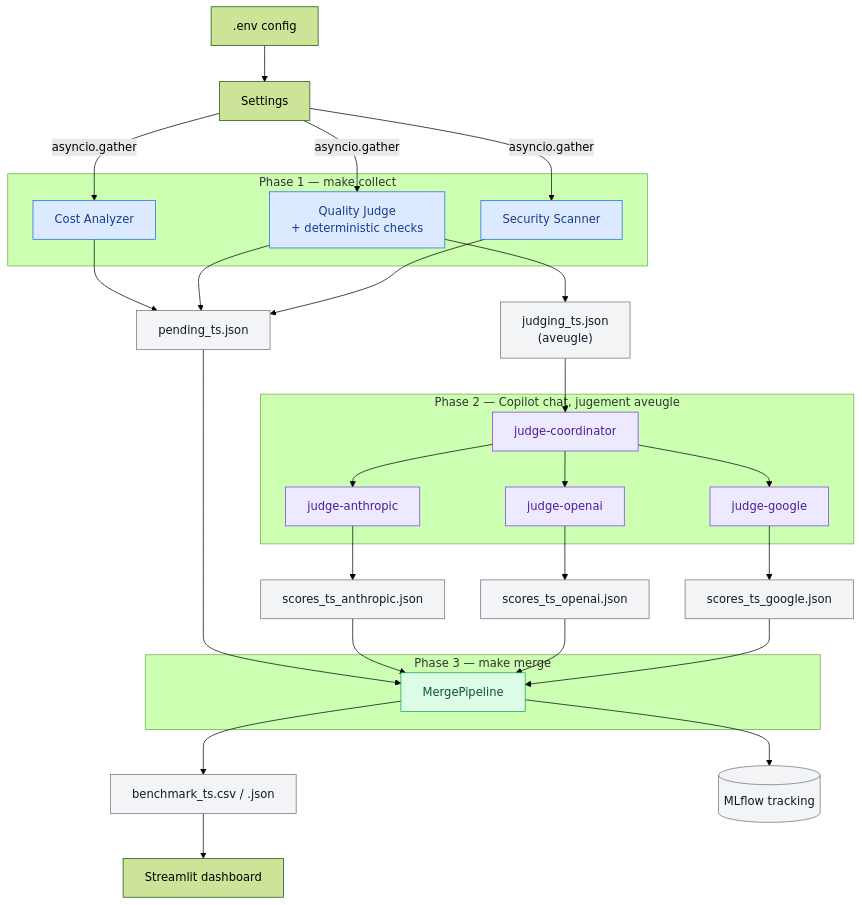
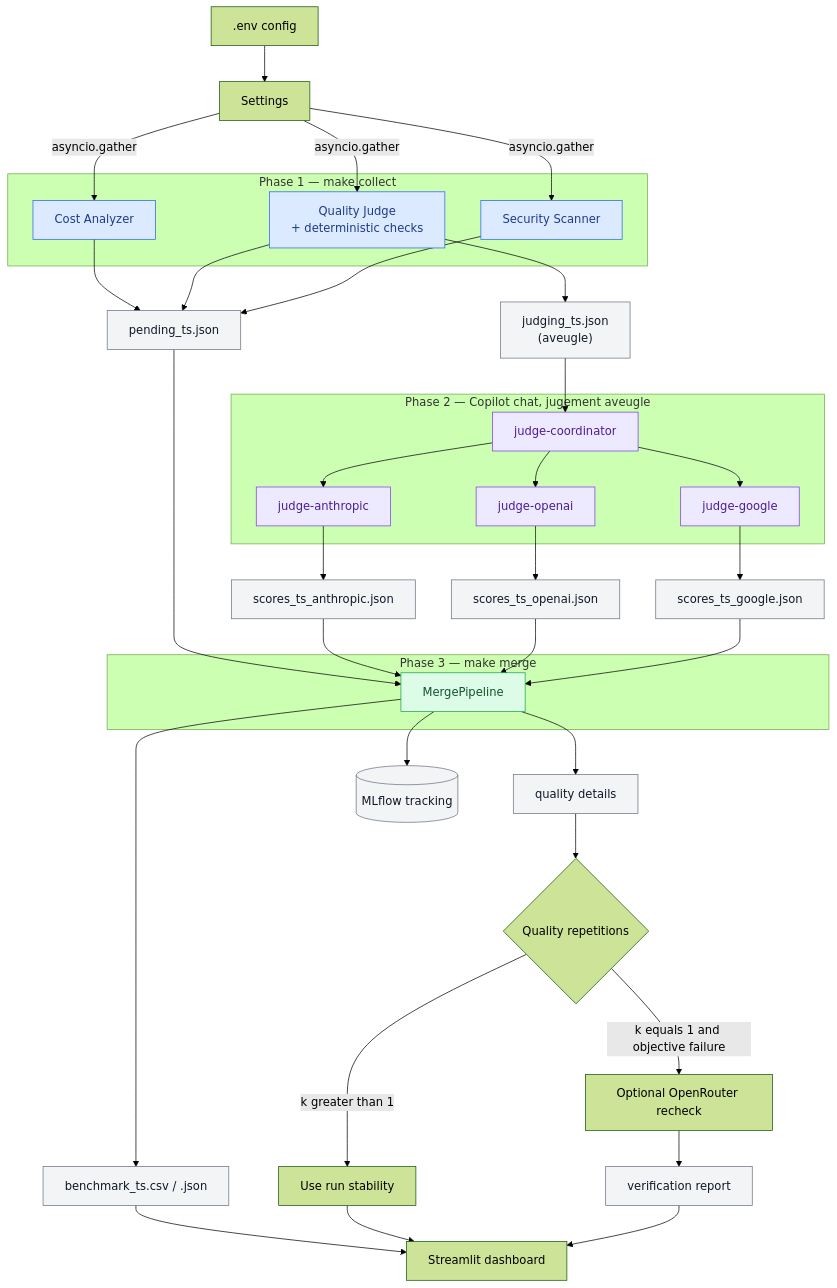
One commit to Palo-IT-GitHub-Demos/OpenRouterResearch changed the diagram in docs/workflow.md. Above: the diagram before and after it, drawn with Mermaid (forest theme). The commit also changed other lines of this file and 57 other files, not shown here.

````diff
--- a/docs/workflow.md
+++ b/docs/workflow.md
@@ -10,57 +25,64 @@
 ```mermaid
 flowchart TD
     env[".env config"] --> settings["Settings"]
 
     subgraph phase1["Phase 1 — make collect"]
         cost["Cost Analyzer"]
         quality["Quality Judge<br/>+ deterministic checks"]
         security["Security Scanner"]
     end
 
     settings -->|"asyncio.gather"| cost
     settings -->|"asyncio.gather"| quality
     settings -->|"asyncio.gather"| security
 
     cost --> pending["pending_ts.json"]
     quality --> pending
     quality --> judging["judging_ts.json<br/>(aveugle)"]
     security --> pending
 
     subgraph phase2["Phase 2 — Copilot chat, jugement aveugle"]
         coordinator["judge-coordinator"]
         anthropic["judge-anthropic"]
         openai["judge-openai"]
         google["judge-google"]
         coordinator --> anthropic
         coordinator --> openai
         coordinator --> google
     end
 
     judging --> coordinator
     anthropic --> scoresA["scores_ts_anthropic.json"]
     openai --> scoresO["scores_ts_openai.json"]
     google --> scoresG["scores_ts_google.json"]
 
     subgraph phase3["Phase 3 — make merge"]
         merge["MergePipeline"]
     end
 
     pending --> merge
     scoresA --> merge
     scoresO --> merge
     scoresG --> merge
 
     merge --> results["benchmark_ts.csv / .json"]
+    merge --> details["quality details"]
     merge --> mlflowdb[("MLflow tracking")]
     results --> dashboard["Streamlit dashboard"]
+    details --> repetitions{"Quality repetitions"}
+    repetitions -->|"k greater than 1"| stability["Use run stability"]
+    repetitions -->|"k equals 1 and objective failure"| recheck["Optional OpenRouter recheck"]
+    recheck --> verification["verification report"]
+    stability --> dashboard
+    verification --> dashboard
 
     classDef phase1Style fill:#dbeafe,stroke:#2563eb,color:#1e3a8a
     classDef phase2Style fill:#ede9fe,stroke:#7c3aed,color:#4c1d95
     classDef phase3Style fill:#dcfce7,stroke:#16a34a,color:#14532d
     classDef dataStyle fill:#f3f4f6,stroke:#6b7280,color:#111827
 
     class cost,quality,security phase1Style
     class coordinator,anthropic,openai,google phase2Style
     class merge phase3Style
-    class pending,judging,scoresA,scoresO,scoresG,results,mlflowdb dataStyle
+    class pending,judging,scoresA,scoresO,scoresG,results,details,verification,mlflowdb dataStyle
 ```
````
